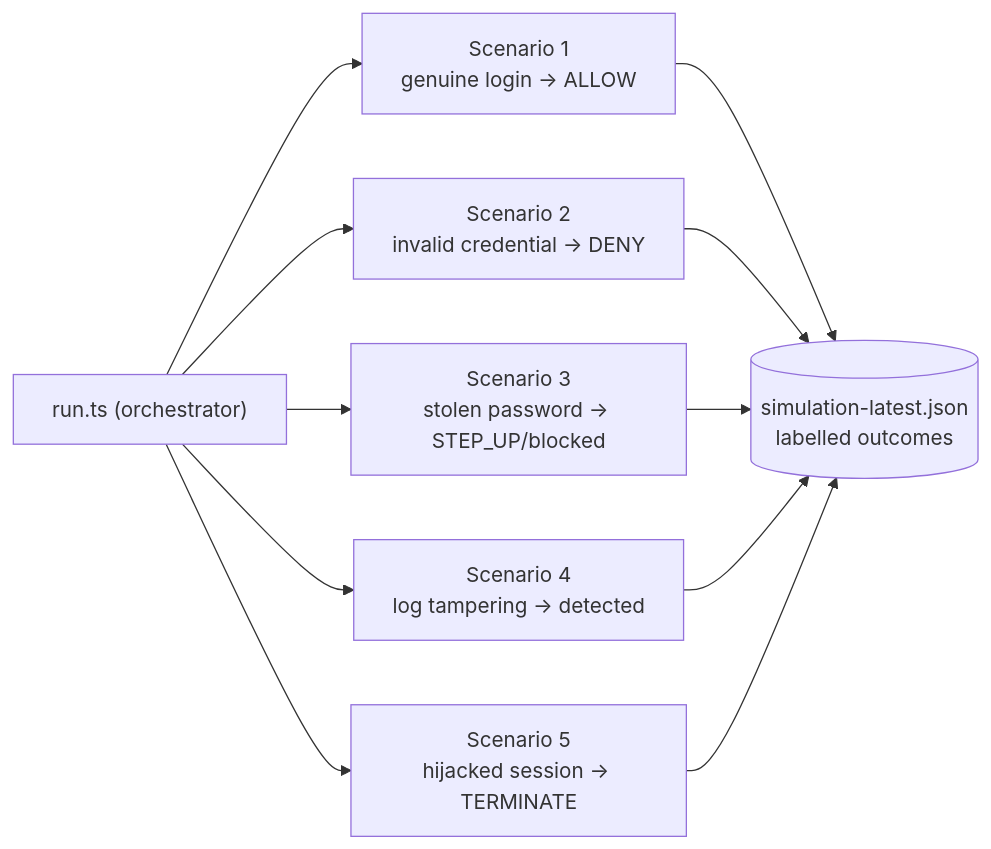
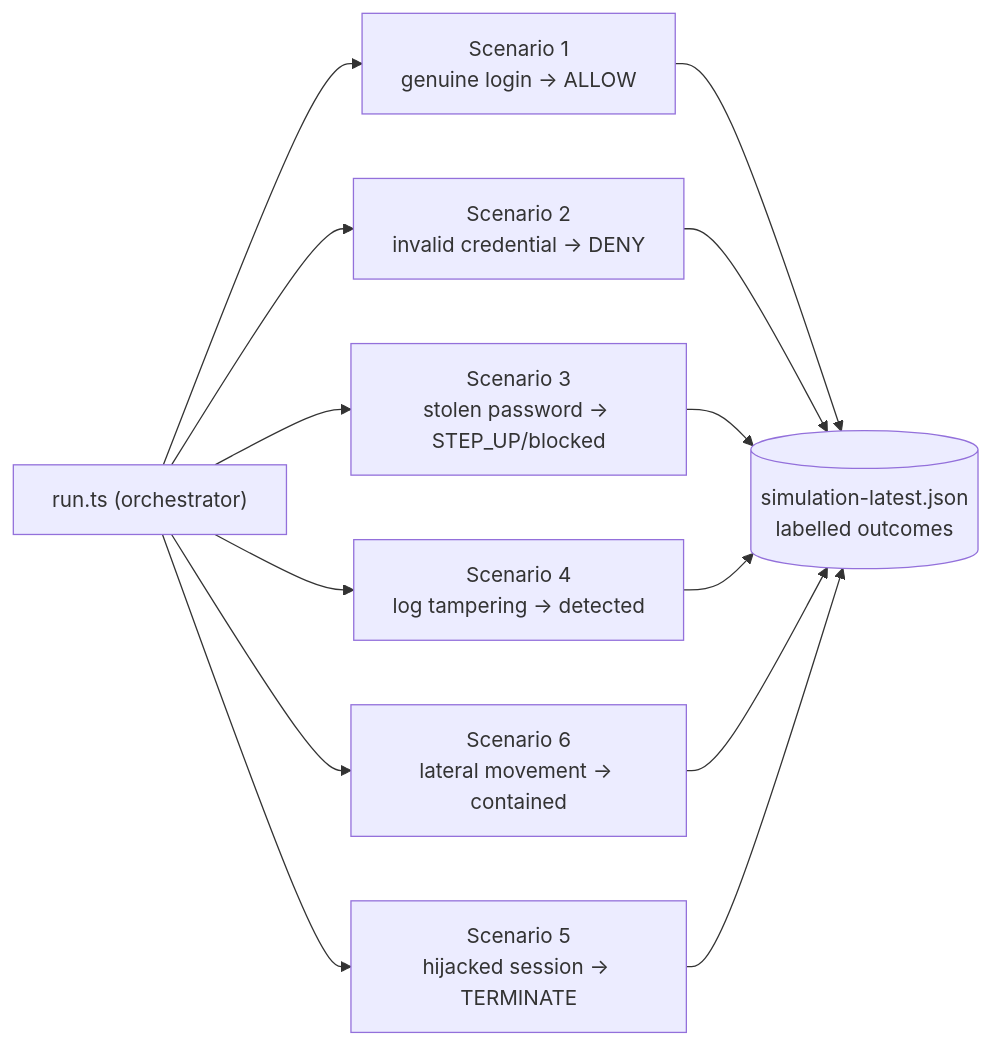
The ninth of 11 diagrams in TECHNICAL_REPORT.md (Drawphics-Dev/Blockchain_Identity_Verification), drawn with Mermaid before and after one commit. The commit also changed other lines of this file and 38 other files, not shown here.

Commit message:
Complete roadmap: deploy to live Hyperledger Fabric network

````diff
--- a/TECHNICAL_REPORT.md
+++ b/TECHNICAL_REPORT.md
@@ -503,13 +645,15 @@
 ```mermaid
 flowchart LR
   RUN["run.ts (orchestrator)"] --> S1["Scenario 1<br/>genuine login → ALLOW"]
   RUN --> S2["Scenario 2<br/>invalid credential → DENY"]
   RUN --> S3["Scenario 3<br/>stolen password → STEP_UP/blocked"]
   RUN --> S4["Scenario 4<br/>log tampering → detected"]
+  RUN --> S6["Scenario 6<br/>lateral movement → contained"]
   RUN --> S5["Scenario 5<br/>hijacked session → TERMINATE"]
   S1 --> OUT[(simulation-latest.json<br/>labelled outcomes)]
   S2 --> OUT
   S3 --> OUT
   S4 --> OUT
+  S6 --> OUT
   S5 --> OUT
 ```
````
